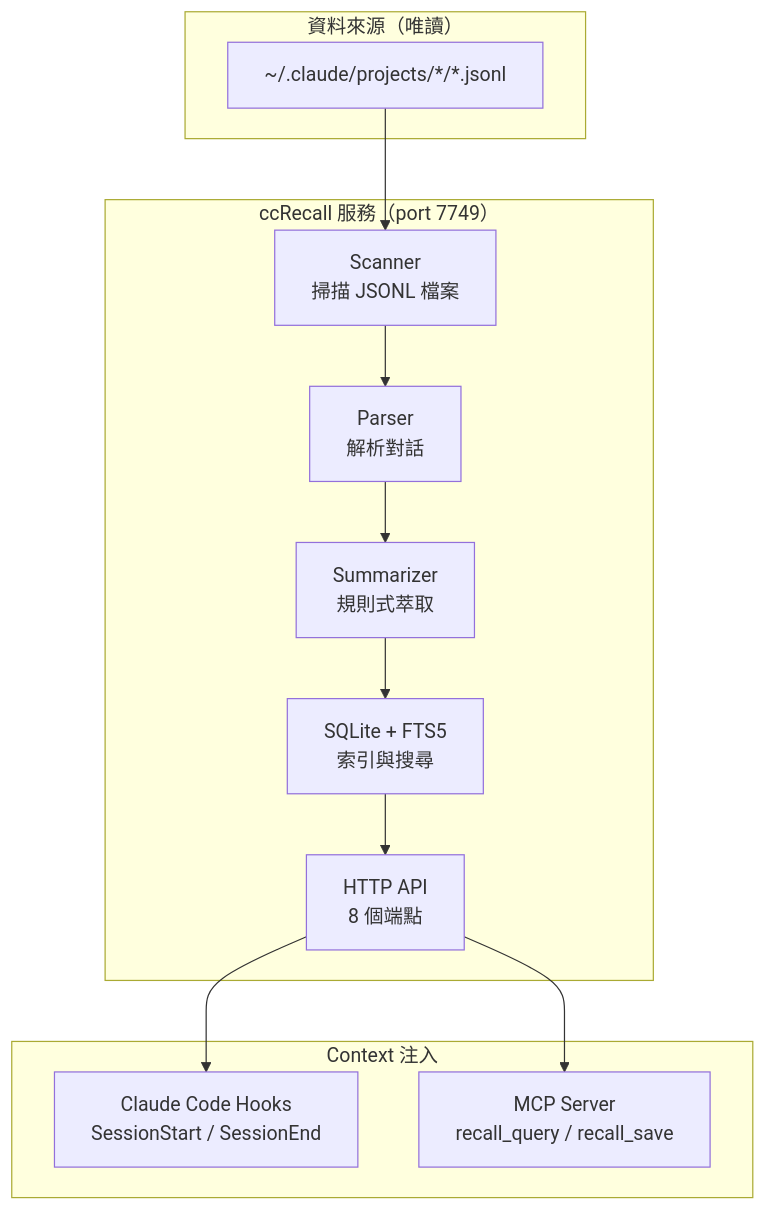
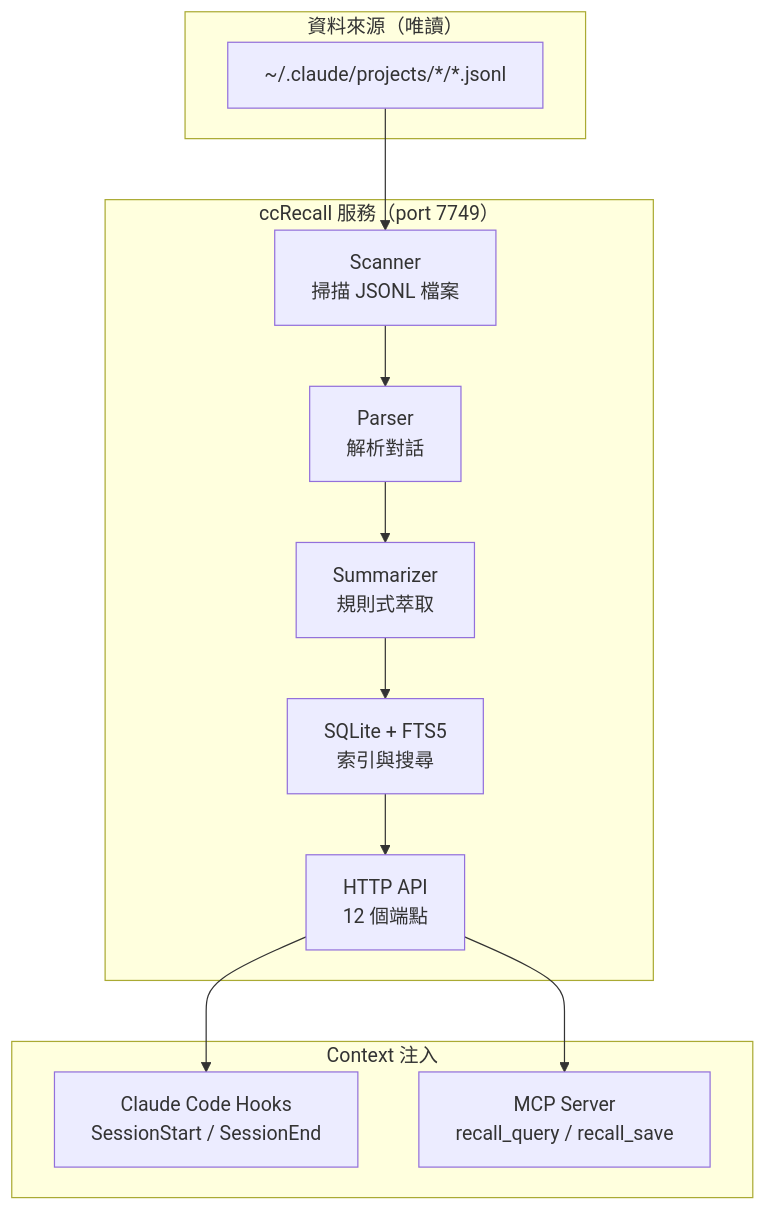
One commit to tznthou/ccRecall changed the diagram in README_ZH.md. Above: the diagram before and after it, drawn with Mermaid. The commit also changed other lines of this file and 6 other files, not shown here.

````diff
--- a/README_ZH.md
+++ b/README_ZH.md
@@ -56,24 +57,24 @@
 ```mermaid
 flowchart TB
     subgraph Input["資料來源（唯讀）"]
         JSONL["~/.claude/projects/*/*.jsonl"]
     end
 
     subgraph Core["ccRecall 服務（port 7749）"]
         Scanner["Scanner<br/>掃描 JSONL 檔案"]
         Parser["Parser<br/>解析對話"]
         Summarizer["Summarizer<br/>規則式萃取"]
         DB["SQLite + FTS5<br/>索引與搜尋"]
-        API["HTTP API<br/>8 個端點"]
+        API["HTTP API<br/>12 個端點"]
     end
 
     subgraph Consumers["Context 注入"]
         Hook["Claude Code Hooks<br/>SessionStart / SessionEnd"]
         MCP["MCP Server<br/>recall_query / recall_save"]
     end
 
     JSONL --> Scanner --> Parser --> Summarizer --> DB
     DB --> API
     API --> Hook
     API --> MCP
 ```
````
